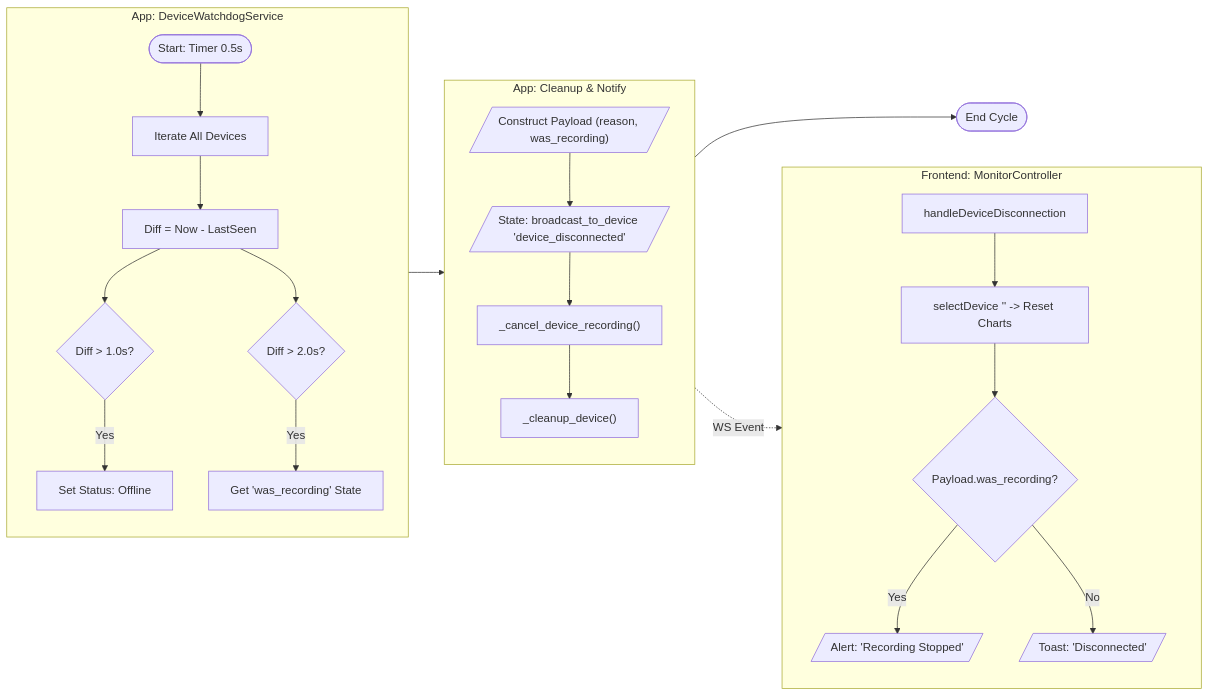
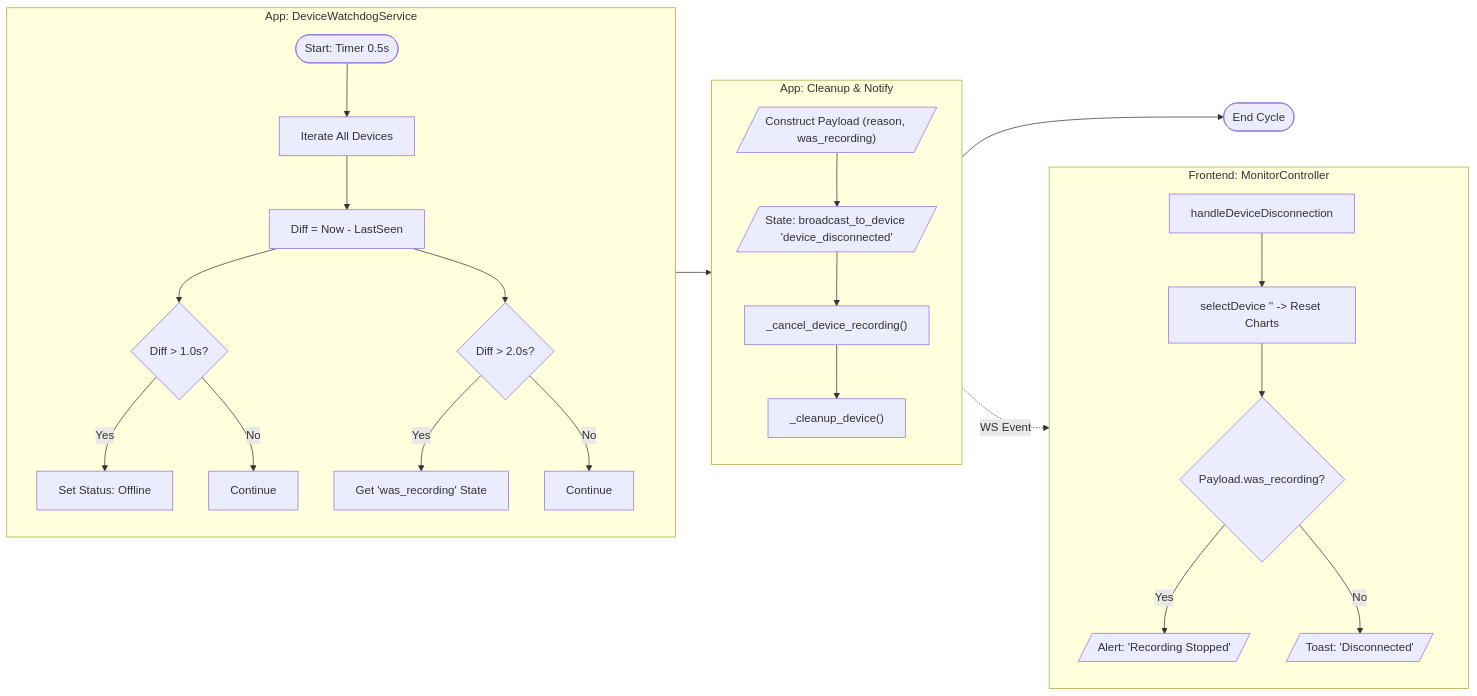
Before and after one commit to affanrk/ecg-puskesmas: the third of 11 diagrams in SYSTEM_FLOWS.md, drawn with Mermaid. The commit also changed other lines of this file, not shown here.

````diff
--- a/SYSTEM_FLOWS.md
+++ b/SYSTEM_FLOWS.md
@@ -110,43 +110,45 @@
 ```mermaid
 flowchart LR
     %% SWIMLANE: BACKGROUND SERVICE
     subgraph Watchdog [App: DeviceWatchdogService]
         direction TB
         Timer([Start: Timer 0.5s])
         CheckLoop[Iterate All Devices]
         CalcDiff[Diff = Now - LastSeen]
         
         Timer --> CheckLoop --> CalcDiff
         
         IsOffline{Diff > 1.0s?}
         IsDisc{Diff > 2.0s?}
         
         CalcDiff --> IsOffline
         IsOffline -- Yes --> MarkOff[Set Status: Offline]
+        IsOffline -- No --> Cont1[Continue]
         
         CalcDiff --> IsDisc
         IsDisc -- Yes --> GetRecState[Get 'was_recording' State]
+        IsDisc -- No --> Cont2[Continue]
     end
 
     %% SWIMLANE: DISCONNECTION LOGIC
     subgraph Cleanup_Logic [App: Cleanup & Notify]
         direction TB
         GetRecState --> Payload[/"Construct Payload (reason, was_recording)"/]
         Payload --> Broadcast[/State: broadcast_to_device 'device_disconnected'/]
         Broadcast --> CancelRec["_cancel_device_recording()"]
         CancelRec --> WipeMem["_cleanup_device()"]
     end
 
     %% SWIMLANE: FRONTEND RESPONSE
     subgraph Frontend_UI [Frontend: MonitorController]
         direction TB
         Broadcast -.->|WS Event| HdlDisc[handleDeviceDisconnection]
         HdlDisc --> ResetUI[selectDevice '' -> Reset Charts]
         
         ResetUI --> CheckFlag{Payload.was_recording?}
         CheckFlag -- Yes --> Alert[/Alert: 'Recording Stopped'/]
         CheckFlag -- No --> Toast[/Toast: 'Disconnected'/]
     end
     
     WipeMem --> EndWD([End Cycle])
 ```
````
